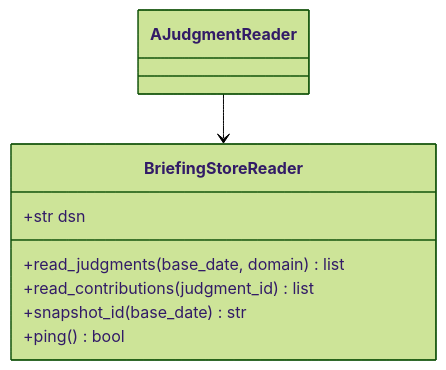
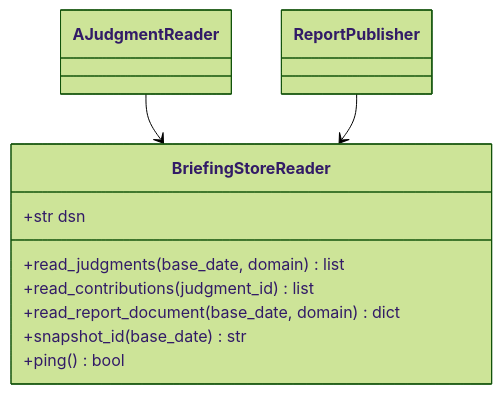
Diagram 29 of 29 in docs/specs/06-DOM/TBL-DOM-002.md (HoyoungParkme/tableau_platform), drawn with Mermaid (forest theme) before and after one commit. The commit also changed other lines of this file, not shown here.

Commit message:
교차 검증 지적 반영: A 리포트 열람 경로(read_report_document·publish_a_report) 신설, 도메인 상태 신호등을 5단계 판정 산출물로 확정(build_domain_status), 클래스 다이어그램을 MS 시그니처에 맞춤(공개·사설 조정, 반환형·llm 인자), 3장 대괄호 참조 정정, 개정 서술을 현재 상태 서술로 교체

````diff
--- a/docs/specs/06-DOM/TBL-DOM-002.md
+++ b/docs/specs/06-DOM/TBL-DOM-002.md
@@ -1041,11 +1058,13 @@
 ```mermaid
 classDiagram
   class BriefingStoreReader {
     +str dsn
     +read_judgments(base_date, domain) list
     +read_contributions(judgment_id) list
+    +read_report_document(base_date, domain) dict
     +snapshot_id(base_date) str
     +ping() bool
   }
   AJudgmentReader --> BriefingStoreReader
+  ReportPublisher --> BriefingStoreReader
 ```
````
